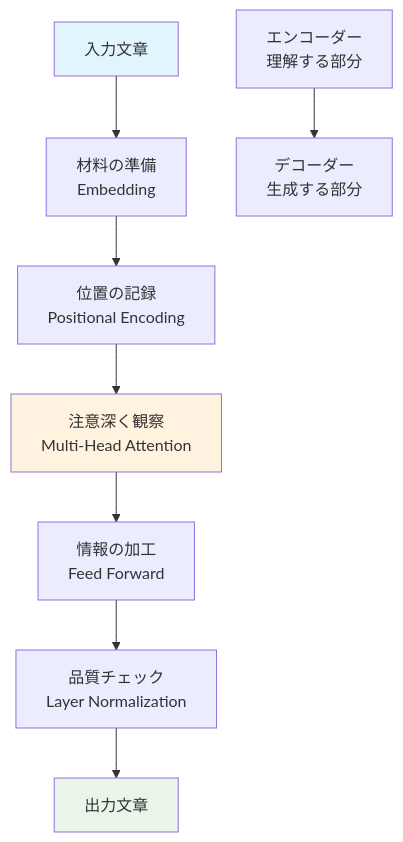
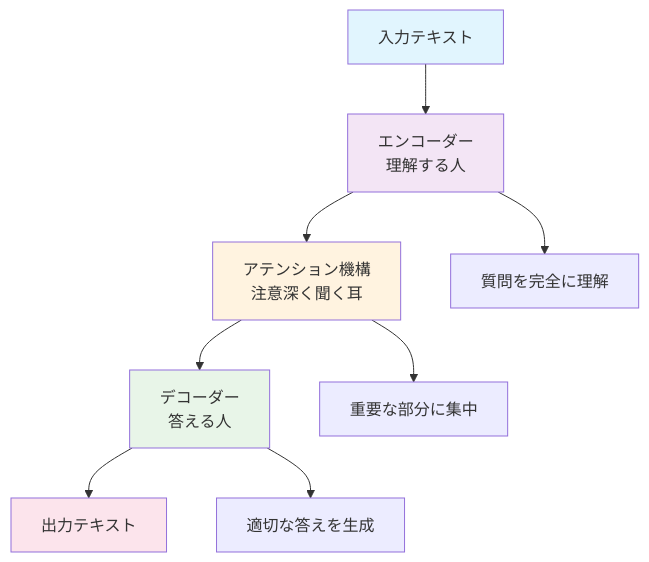
One commit to SparklingDetergent/doc_genai_mental_model changed the second of 15 diagrams in AI/DeepLearning/Transformer/README.MD. Above: the diagram before and after it, drawn with Mermaid. The commit also changed other lines of this file, not shown here.

````diff
--- a/AI/DeepLearning/Transformer/README.MD
+++ b/AI/DeepLearning/Transformer/README.MD
@@ -48,19 +44,17 @@
 ```mermaid
 graph TD
-    A[入力文章] --> B[材料の準備<br/>Embedding]
-    B --> C[位置の記録<br/>Positional Encoding]
-    C --> D[注意深く観察<br/>Multi-Head Attention]
-    D --> E[情報の加工<br/>Feed Forward]
-    E --> F[品質チェック<br/>Layer Normalization]
-    F --> G[出力文章]
+    A[入力テキスト] --> B[エンコーダー<br/>理解する人]
+    B --> C[アテンション機構<br/>注意深く聞く耳]
+    C --> D[デコーダー<br/>答える人]
+    D --> E[出力テキスト]
     
-    H[エンコーダー<br/>理解する部分] --> I[デコーダー<br/>生成する部分]
+    B --> F[質問を完全に理解]
+    D --> G[適切な答えを生成]
+    C --> H[重要な部分に集中]
     
     style A fill:#e1f5fe
-    style G fill:#e8f5e8
-    style D fill:#fff3e0
-    
-    click D "#attention機構詳細"
-    click H "#エンコーダー詳細"
-    click I "#デコーダー詳細"
+    style B fill:#f3e5f5
+    style C fill:#fff3e0
+    style D fill:#e8f5e8
+    style E fill:#fce4ec
 ```
````
